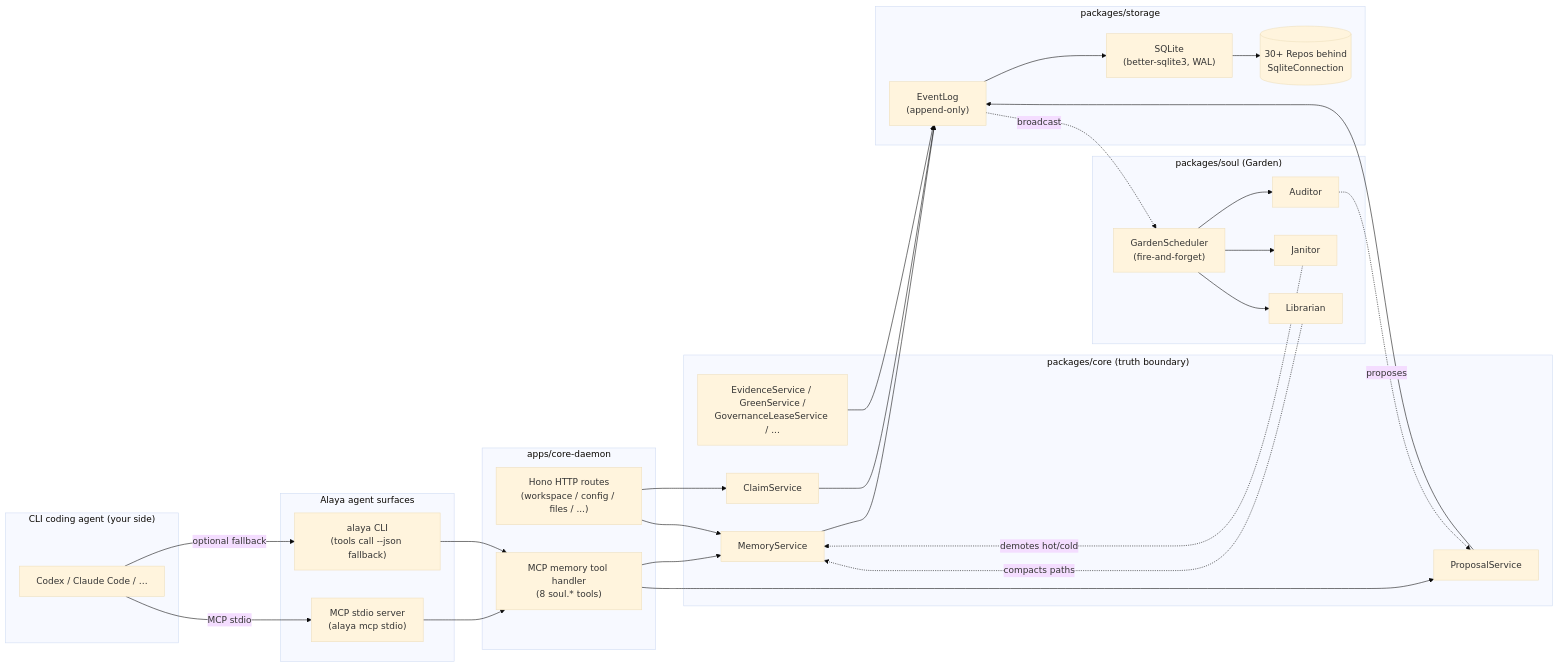
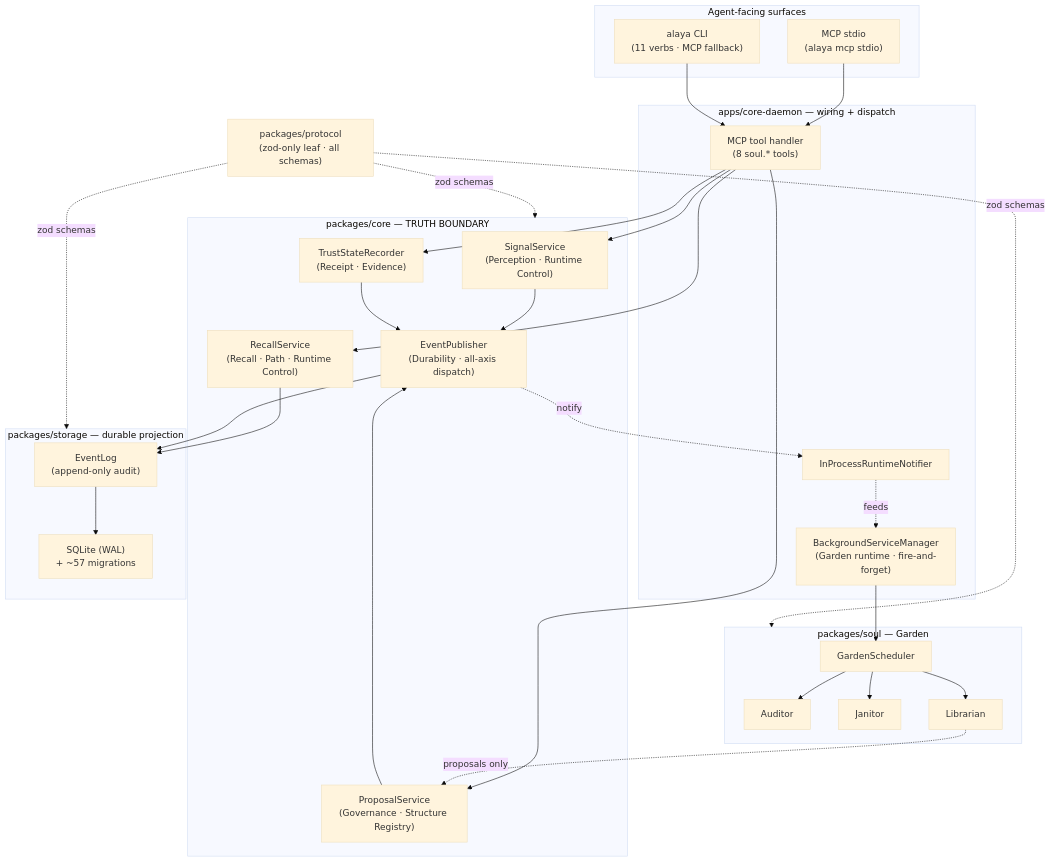
Before and after one commit to tdwhere123/Do-SOUL-Alaya: the second of 2 diagrams in README.md, drawn with Mermaid (base theme). The commit also changed other lines of this file and 1 other file, not shown here.

First line of the commit message:
docs(readme): rewrite around 6-phase memory lifecycle and 3-layer × 4-axis grammar

````diff
--- a/README.md
+++ b/README.md
@@ -203,56 +301,57 @@
 ```mermaid
-flowchart LR
-    subgraph Agent["CLI coding agent (your side)"]
-        AGT[Codex / Claude Code / …]
+graph TD
+    subgraph Surfaces["Agent-facing surfaces"]
+        MCPS["MCP stdio<br/>(alaya mcp stdio)"]
+        CLIS["alaya CLI<br/>(11 verbs · MCP fallback)"]
     end
 
-    subgraph AlayaSurface["Alaya agent surfaces"]
-        MCP["MCP stdio server<br/>(alaya mcp stdio)"]
-        CLI["alaya CLI<br/>(tools call --json fallback)"]
+    subgraph Daemon["apps/core-daemon — wiring + dispatch"]
+        TH["MCP tool handler<br/>(8 soul.* tools)"]
+        BG["BackgroundServiceManager<br/>(Garden runtime · fire-and-forget)"]
+        NOTI["InProcessRuntimeNotifier"]
     end
 
-    subgraph Daemon["apps/core-daemon"]
-        ROUTES["Hono HTTP routes<br/>(workspace / config / files / ...)"]
-        TOOLHANDLER["MCP memory tool handler<br/>(8 soul.* tools)"]
+    subgraph Core["packages/core — TRUTH BOUNDARY"]
+        SS["SignalService<br/>(Perception · Runtime Control)"]
+        PROP["ProposalService<br/>(Governance · Structure Registry)"]
+        EP["EventPublisher<br/>(Durability · all-axis dispatch)"]
+        REC["RecallService<br/>(Recall · Path · Runtime Control)"]
+        TR["TrustStateRecorder<br/>(Receipt · Evidence)"]
     end
 
-    subgraph Core["packages/core (truth boundary)"]
-        MS["MemoryService"]
-        PS["ProposalService"]
-        CS["ClaimService"]
-        ES["EvidenceService / GreenService /<br/>GovernanceLeaseService / ..."]
-    end
-
-    subgraph Storage["packages/storage"]
-        EL["EventLog<br/>(append-only)"]
-        DB["SQLite<br/>(better-sqlite3, WAL)"]
-        REPOS[("30+ Repos behind<br/>SqliteConnection")]
-    end
-
-    subgraph Soul["packages/soul (Garden)"]
+    subgraph Soul["packages/soul — Garden"]
         AUD["Auditor"]
         JAN["Janitor"]
         LIB["Librarian"]
-        SCH["GardenScheduler<br/>(fire-and-forget)"]
+        SCH["GardenScheduler"]
     end
 
-    AGT -->|MCP stdio| MCP
-    AGT -->|optional fallback| CLI
-    MCP --> TOOLHANDLER
-    CLI --> TOOLHANDLER
-    TOOLHANDLER --> MS
-    TOOLHANDLER --> PS
-    ROUTES --> MS
-    ROUTES --> CS
-    MS --> EL
-    PS --> EL
-    CS --> EL
-    ES --> EL
+    subgraph StorageBox["packages/storage — durable projection"]
+        EL["EventLog<br/>(append-only audit)"]
+        DB["SQLite (WAL)<br/>+ ~57 migrations"]
+    end
+
+    PROTO["packages/protocol<br/>(zod-only leaf · all schemas)"]
+
+    MCPS --> TH
+    CLIS --> TH
+    TH --> SS
+    TH --> PROP
+    TH --> REC
+    TH --> TR
+    SS --> EP
+    PROP --> EP
+    REC --> EL
+    TR --> EP
+    EP --> EL
     EL --> DB
-    DB --> REPOS
-    EL -.broadcast.-> SCH
+    EP -.notify.-> NOTI
+    NOTI -.feeds.-> BG
+    BG --> SCH
     SCH --> AUD & JAN & LIB
-    AUD -.proposes.-> PS
-    JAN -.demotes hot/cold.-> MS
-    LIB -.compacts paths.-> MS
+    LIB -.proposals only.-> PROP
+
+    PROTO -. zod schemas .-> Core
+    PROTO -. zod schemas .-> Soul
+    PROTO -. zod schemas .-> StorageBox
 ```
````
